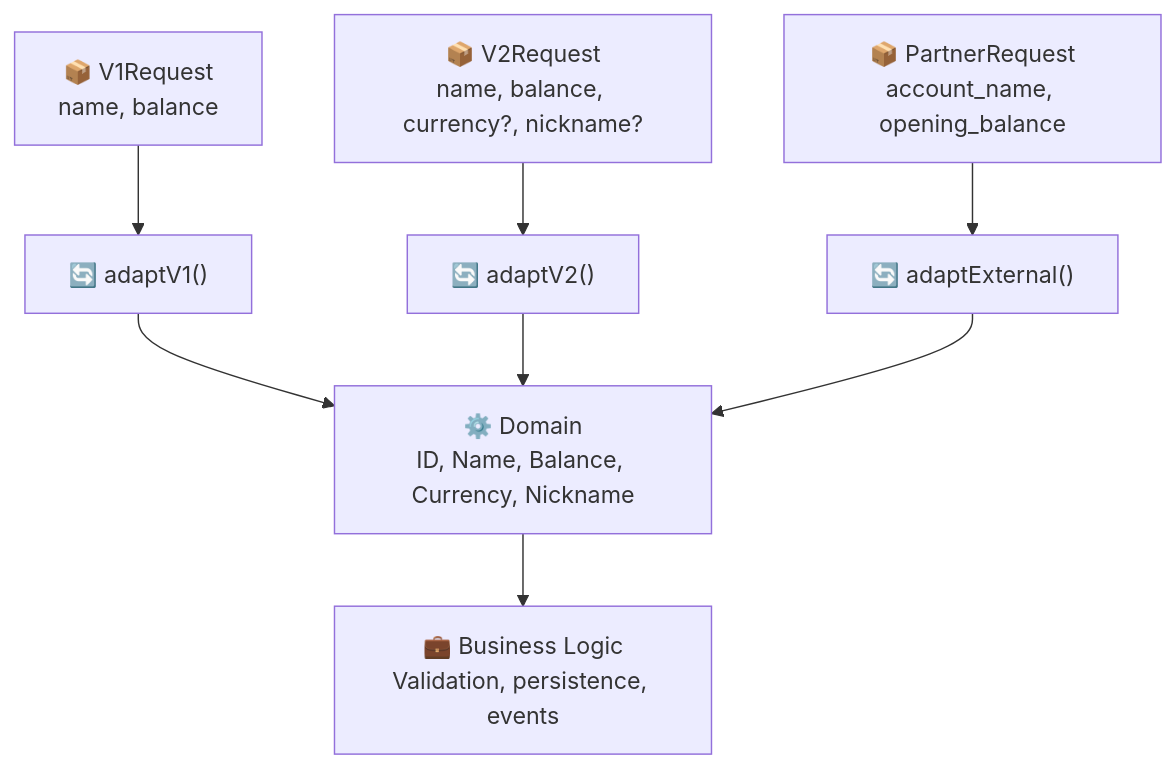
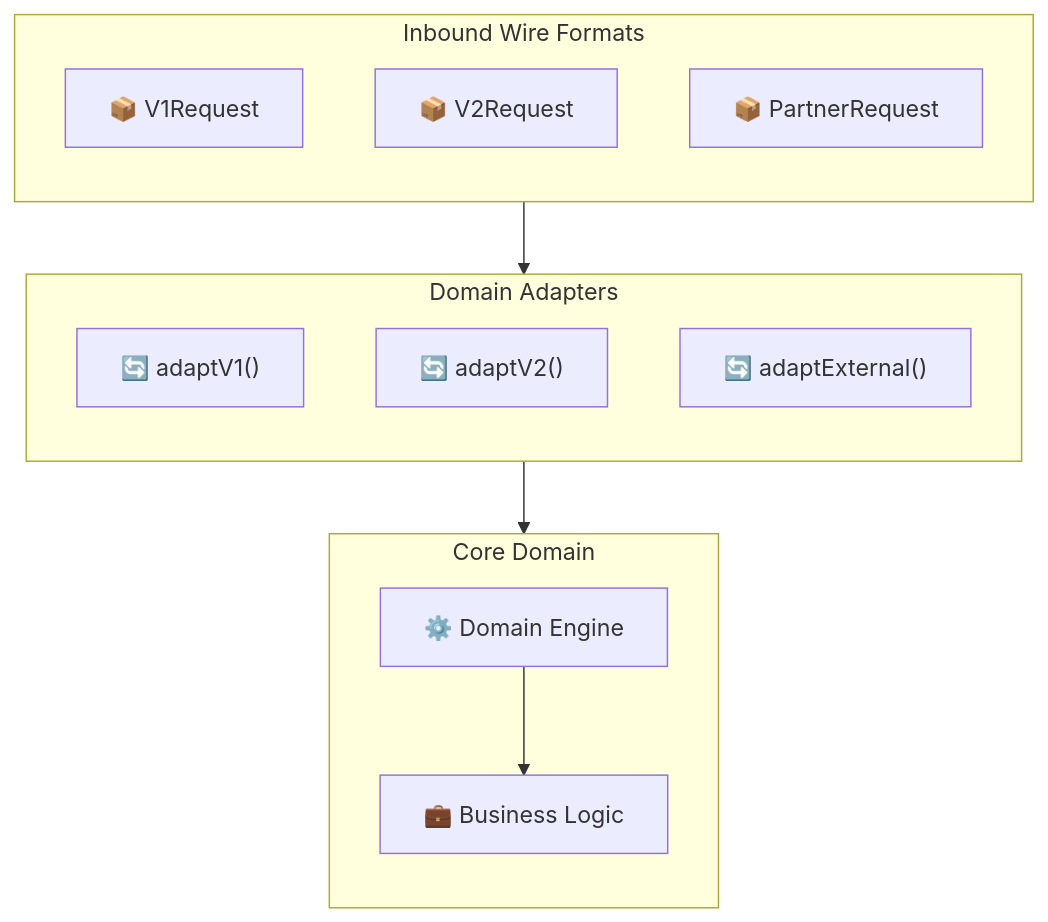
The fifth of 6 diagrams in internal/fundamentals/api-lifecycle-and-deployment/01-versioning.md (romangurevitch/GoTraining), drawn with Mermaid before and after one commit. The commit also changed other lines of this file and 20 other files, not shown here.

````diff
--- a/internal/fundamentals/api-lifecycle-and-deployment/01-versioning.md
+++ b/internal/fundamentals/api-lifecycle-and-deployment/01-versioning.md
@@ -127,18 +125,27 @@
 ```mermaid
-graph TB
-    V1REQ["📦 V1Request<br/>name, balance"]
-    V2REQ["📦 V2Request<br/>name, balance, currency?, nickname?"]
-    EXTREQ["📦 PartnerRequest<br/>account_name, opening_balance"]
+graph TD
+    subgraph Requests["Inbound Wire Formats"]
+        direction TB
+        V1REQ["📦 V1Request"]
+        V2REQ["📦 V2Request"]
+        EXTREQ["📦 PartnerRequest"]
+    end
 
-    ADAPT1["🔄 adaptV1()"]
-    ADAPT2["🔄 adaptV2()"]
-    ADAPT3["🔄 adaptExternal()"]
+    subgraph Adapters["Domain Adapters"]
+        direction TB
+        ADAPT1["🔄 adaptV1()"]
+        ADAPT2["🔄 adaptV2()"]
+        ADAPT3["🔄 adaptExternal()"]
+    end
 
-    DOMAIN["⚙️ Domain<br/>ID, Name, Balance, Currency, Nickname"]
-    BIZ["💼 Business Logic<br/>Validation, persistence, events"]
+    Requests --> Adapters
 
-    V1REQ --> ADAPT1 --> DOMAIN
-    V2REQ --> ADAPT2 --> DOMAIN
-    EXTREQ --> ADAPT3 --> DOMAIN
-    DOMAIN --> BIZ
+    subgraph DomainLayer["Core Domain"]
+        direction TB
+        DOMAIN["⚙️ Domain Engine"]
+        BIZ["💼 Business Logic"]
+        DOMAIN --> BIZ
+    end
+
+    Adapters --> DomainLayer
 ```
````
